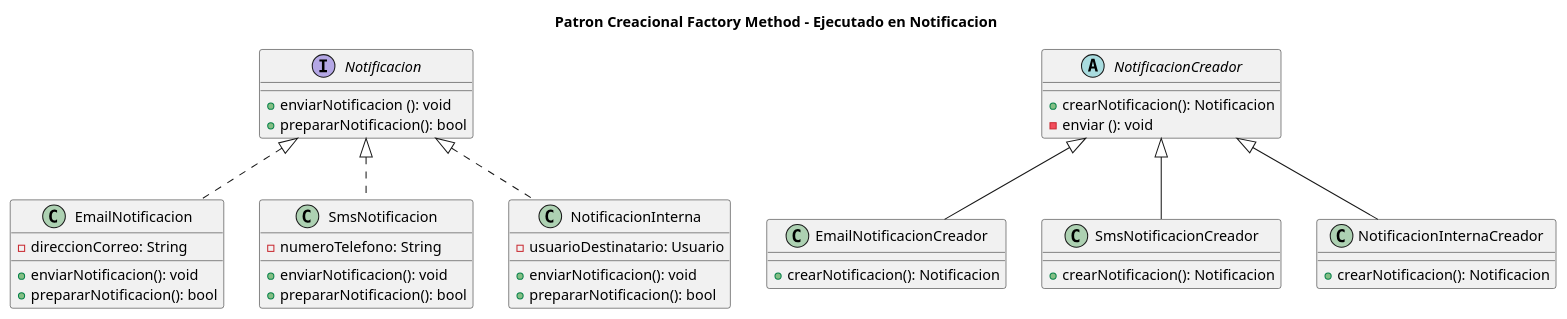
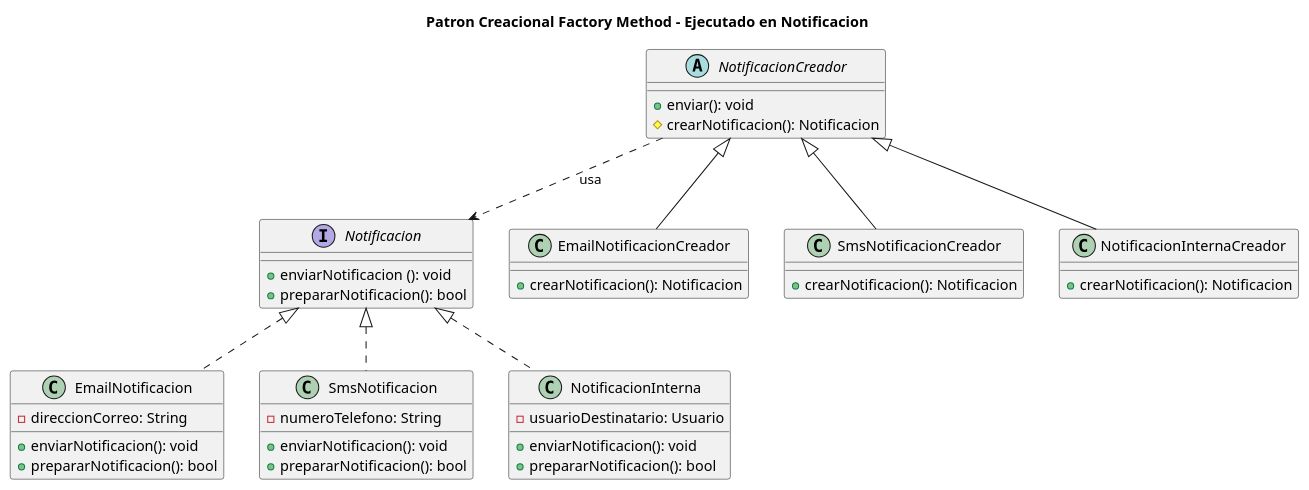
Before and after one commit to 9919-Mili/SistemaProductoraVideos: the diagram in diagramas/01-diagrama-clases/01-patron-creacional-factory-method.puml, drawn with PlantUML. The commit also changed 3 other files, not shown here.

```diff
--- a/diagramas/01-diagrama-clases/01-patron-creacional-factory-method.puml
+++ b/diagramas/01-diagrama-clases/01-patron-creacional-factory-method.puml
@@ -1,59 +1,62 @@
 @startUML
 title Patron Creacional Factory Method - Ejecutado en Notificacion
 
 interface Notificacion {
    +enviarNotificacion (): void
    +prepararNotificacion(): bool
    }
 
 class EmailNotificacion  {
     - direccionCorreo: String
     +enviarNotificacion(): void
     +prepararNotificacion(): bool
 }
 
 class SmsNotificacion  {
     - numeroTelefono: String
     +enviarNotificacion(): void
     +prepararNotificacion(): bool
 }
 
 class NotificacionInterna  {
     - usuarioDestinatario: Usuario
     +enviarNotificacion(): void
     +prepararNotificacion(): bool
 }
 
 abstract class NotificacionCreador {
-    +crearNotificacion(): Notificacion
-    - enviar (): void
+    + enviar(): void 
+    # crearNotificacion(): Notificacion 
+    
 }
 
 class EmailNotificacionCreador {
     +crearNotificacion(): Notificacion
 }
 
 class SmsNotificacionCreador {
     +crearNotificacion(): Notificacion
 }
 
 class NotificacionInternaCreador {
     +crearNotificacion(): Notificacion
 }
 
 
 Notificacion <|.. EmailNotificacion
 Notificacion <|.. SmsNotificacion
 Notificacion <|.. NotificacionInterna
 
 NotificacionCreador <|-- EmailNotificacionCreador
 NotificacionCreador <|-- SmsNotificacionCreador
 NotificacionCreador <|-- NotificacionInternaCreador
 
+NotificacionCreador ..> Notificacion : usa 
+
 
 
 
 
 
 
 @endUML
```
